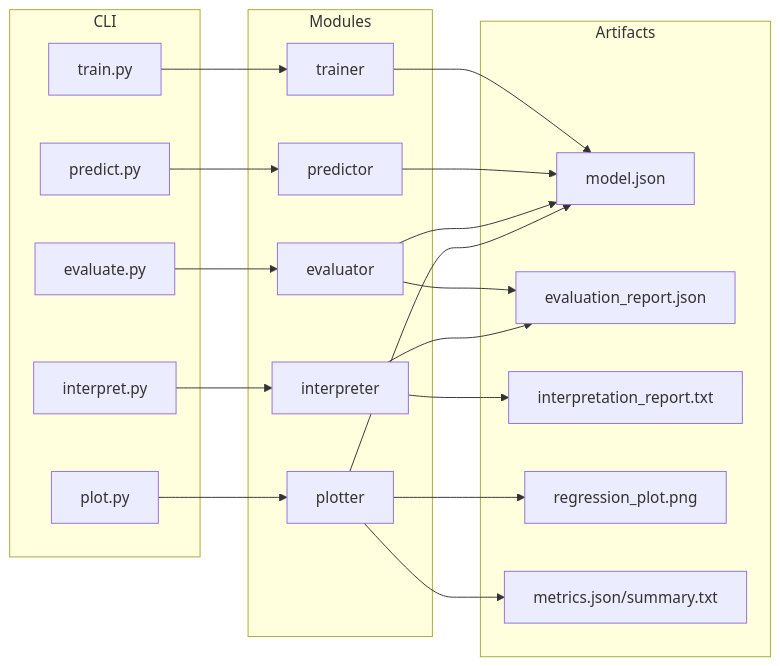
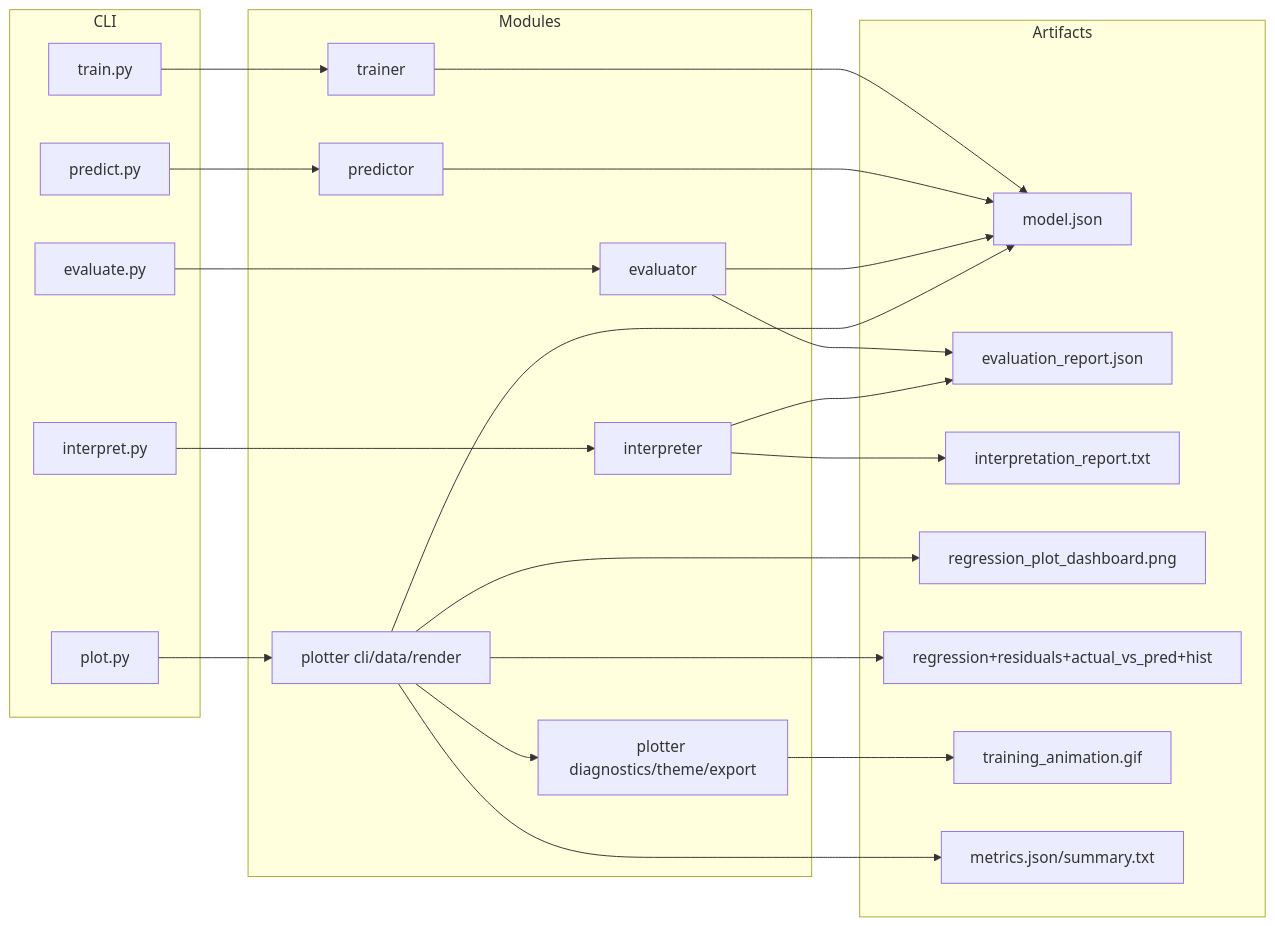
One commit to fitrandr/ft_linear_regression changed the diagram in docs/ARCHITECTURE.md. Above: the diagram before and after it, drawn with Mermaid. The commit also changed other lines of this file and 14 other files, not shown here.

Commit message:
Upgrade plotter to full diagnostics dashboard with split views, exports, and animation

````diff
--- a/docs/ARCHITECTURE.md
+++ b/docs/ARCHITECTURE.md
@@ -7,36 +7,42 @@
 ```mermaid
 flowchart LR
     subgraph CLI
         T[train.py]
         P[predict.py]
         E[evaluate.py]
         G[plot.py]
         I[interpret.py]
     end
 
     subgraph Modules
         TR[trainer]
         PR[predictor]
         EV[evaluator]
-        PL[plotter]
+        PL[plotter cli/data/render]
+        PD[plotter diagnostics/theme/export]
         IN[interpreter]
     end
 
     subgraph Artifacts
         M[model.json]
         R[evaluation_report.json]
         TXT[interpretation_report.txt]
-        IMG[regression_plot.png]
+        IMG[regression_plot_dashboard.png]
+        IMGS[regression+residuals+actual_vs_pred+hist]
+        GIF[training_animation.gif]
         MET[metrics.json/summary.txt]
     end
 
     T --> TR --> M
     P --> PR --> M
     E --> EV --> M
     EV --> R
     I --> IN --> R
     IN --> TXT
     G --> PL --> M
+    PL --> PD
     PL --> IMG
+    PL --> IMGS
+    PD --> GIF
     PL --> MET
 ```
````
